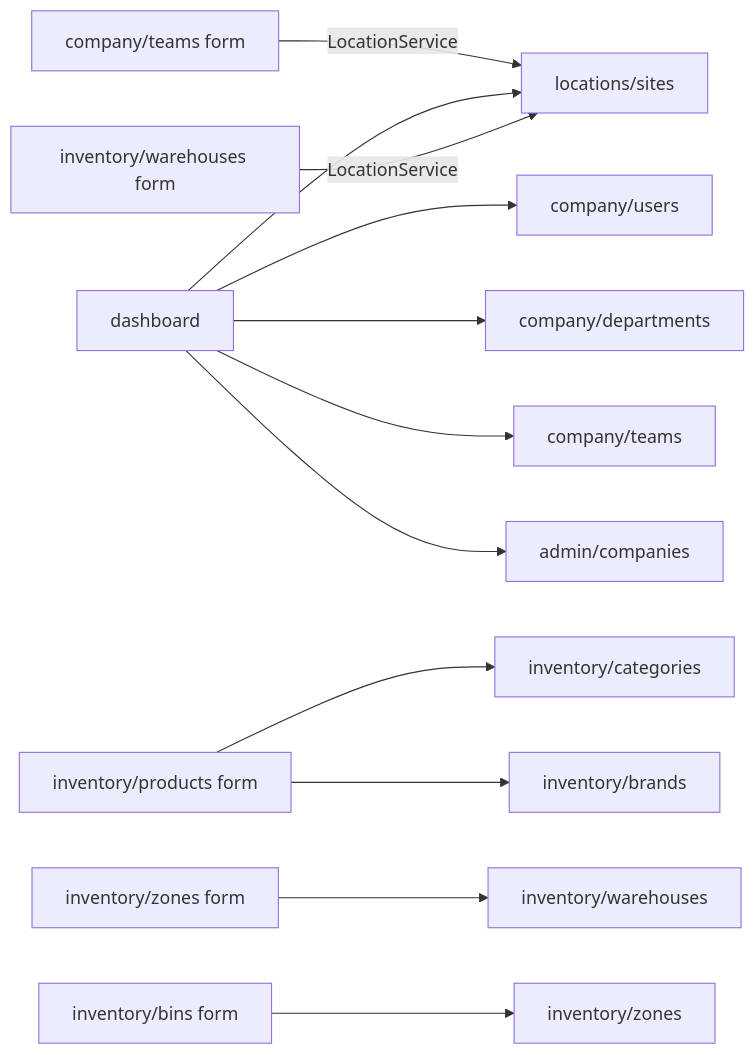
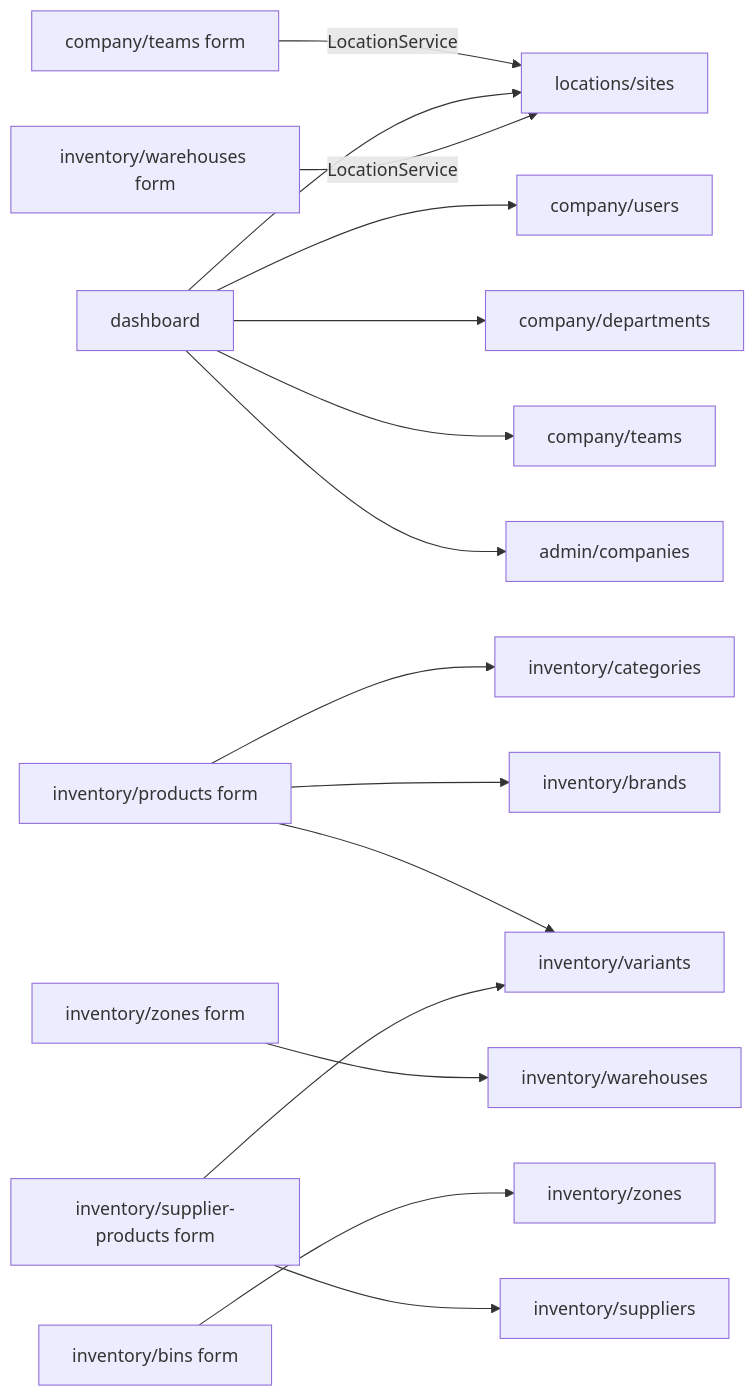
Before and after one commit to mohamed-elhelely/tanzim-frontend: the fourth of 4 diagrams in docs/CODE_MAP.md, drawn with Mermaid. The commit also changed other lines of this file and 4 other files, not shown here.

First line of the commit message:
Document variants and the supplier price list

````diff
--- a/docs/CODE_MAP.md
+++ b/docs/CODE_MAP.md
@@ -209,14 +211,17 @@
 ```mermaid
 flowchart LR
     teams["company/teams form"] -->|LocationService| sites["locations/sites"]
     dash["dashboard"] --> users["company/users"]
     dash --> depts["company/departments"]
     dash --> teamsS["company/teams"]
     dash --> sites
     dash --> tenants["admin/companies"]
     products["inventory/products form"] --> cats["inventory/categories"]
     products --> brands["inventory/brands"]
     whform["inventory/warehouses form"] -->|LocationService| sites
     zoneform["inventory/zones form"] --> wh["inventory/warehouses"]
     binform["inventory/bins form"] --> zones["inventory/zones"]
+    products --> variants["inventory/variants"]
+    spform["inventory/supplier-products form"] --> variants
+    spform --> suppliers["inventory/suppliers"]
 ```
````
